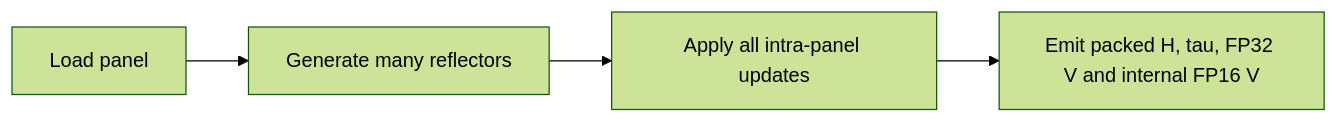
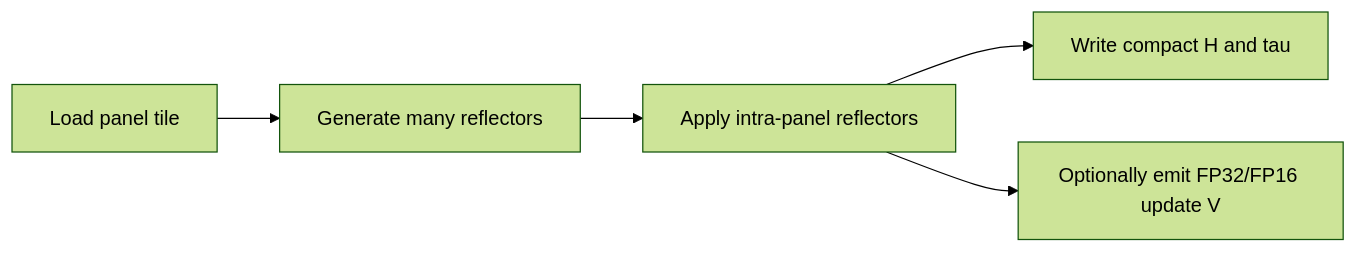
The third of 4 diagrams in ALGORITHM.md (fishmingyu/qrv2-gpu-mode), drawn with Mermaid (forest theme) before and after one commit. The commit also changed other lines of this file and 3 other files, not shown here.

````diff
--- a/ALGORITHM.md
+++ b/ALGORITHM.md
@@ -125,6 +113,7 @@
 ```mermaid
 flowchart LR
-    I[Load panel] --> H[Generate many reflectors]
-    H --> P[Apply all intra-panel updates]
-    P --> O[Emit packed H, tau, FP32 V and internal FP16 V]
+    I[Load panel tile] --> H[Generate many reflectors]
+    H --> P[Apply intra-panel reflectors]
+    P --> O[Write compact H and tau]
+    P --> W[Optionally emit FP32/FP16 update V]
 ```
````
